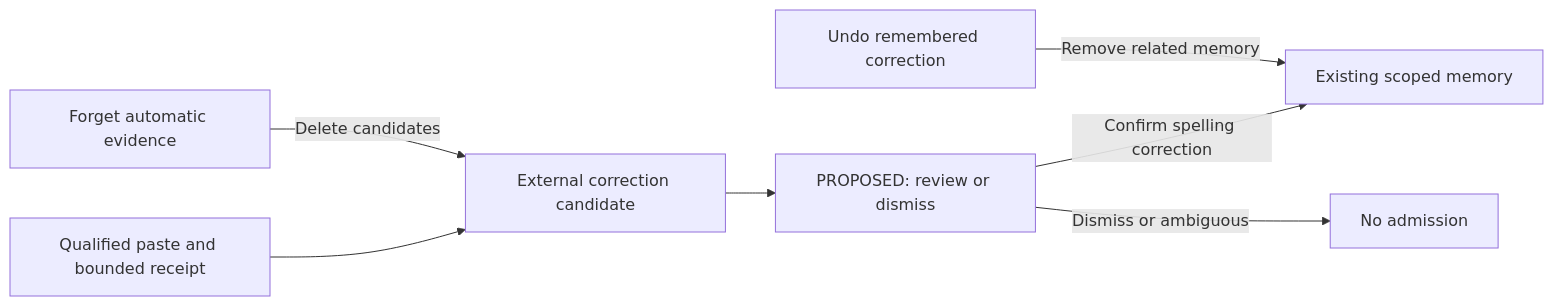
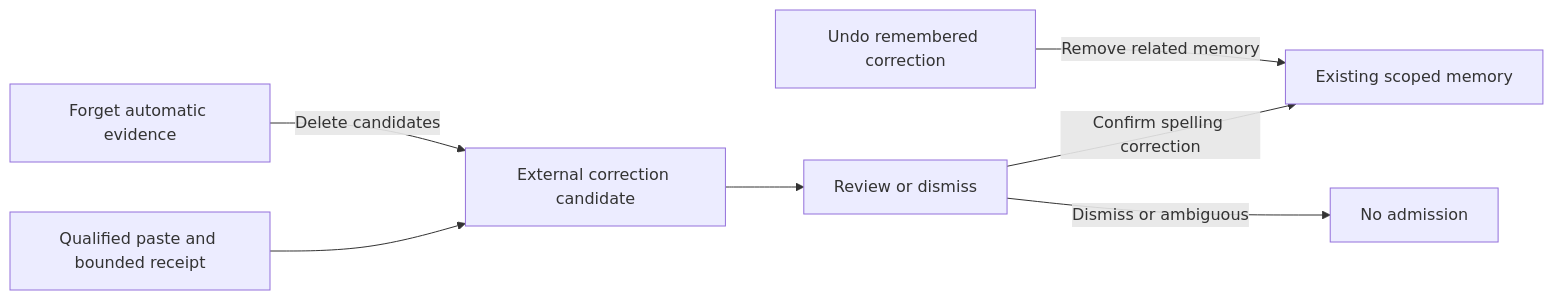
Before and after one commit to rahulsharmavishwakarma/vesper: the diagram in docs/personalization/external-observer.md, drawn with Mermaid. The commit also changed other lines of this file and 4 other files, not shown here.

````diff
--- a/docs/personalization/external-observer.md
+++ b/docs/personalization/external-observer.md
@@ -57,9 +58,9 @@
 ```mermaid
 flowchart LR
     P["Qualified paste and bounded receipt"] --> C["External correction candidate"]
-    C --> R["PROPOSED: review or dismiss"]
+    C --> R["Review or dismiss"]
     R -->|"Confirm spelling correction"| M["Existing scoped memory"]
     R -->|"Dismiss or ambiguous"| N["No admission"]
     U["Undo remembered correction"] -->|"Remove related memory"| M
     F["Forget automatic evidence"] -->|"Delete candidates"| C
 ```
````
